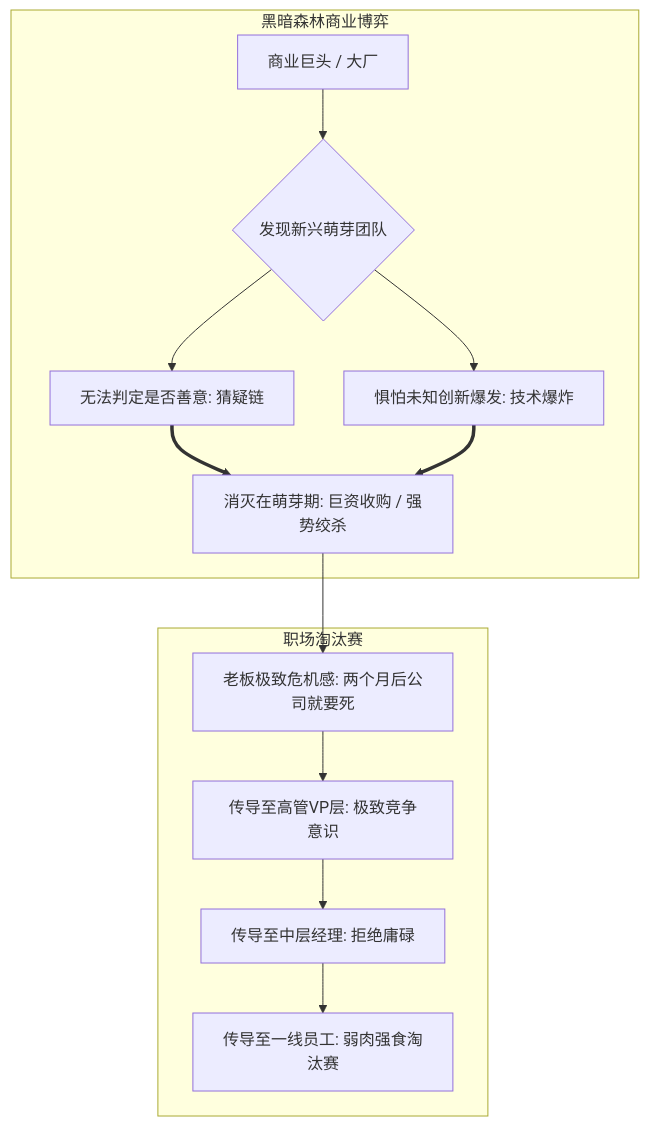
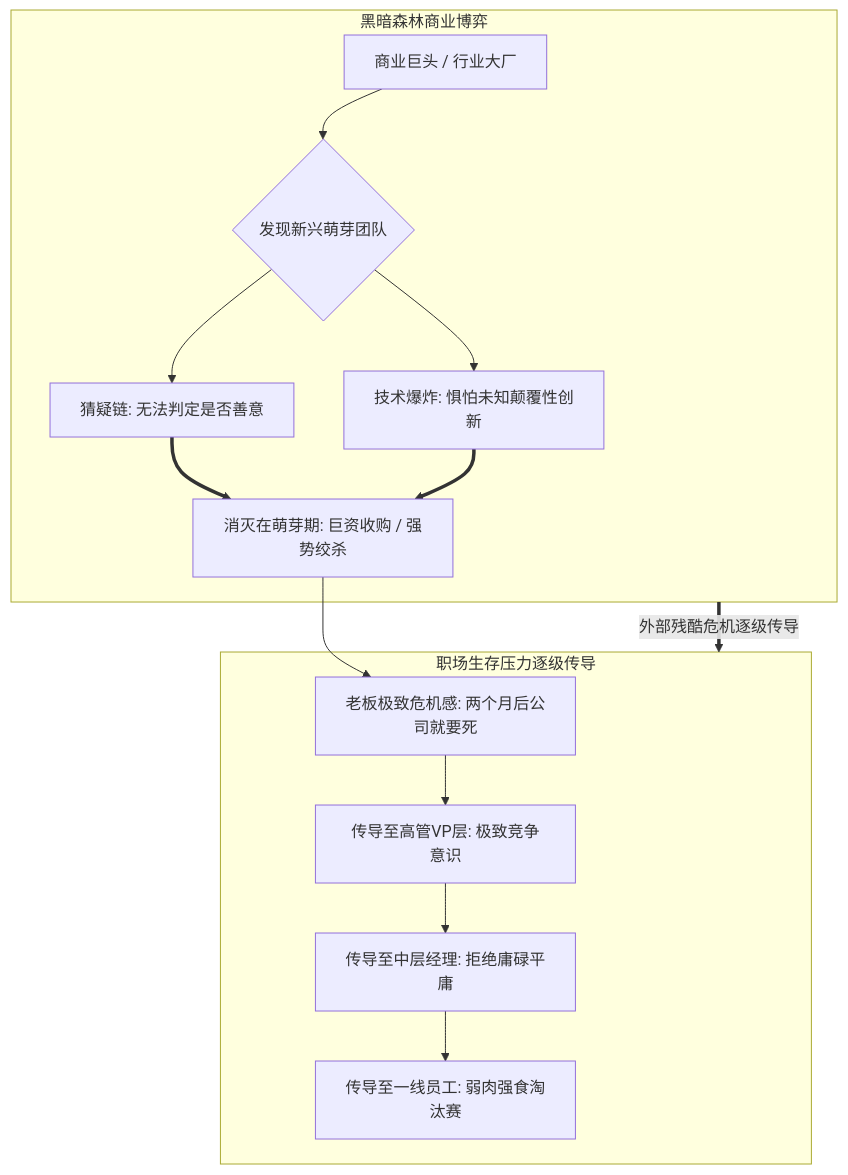
Before and after one commit to dollarser/knowledge: the second of 2 diagrams in content/live-20260929-laozeng-01.md, drawn with Mermaid. The commit also changed other lines of this file and 10 other files, not shown here.

Commit message:
style: verticalize all mermaid diagrams and add mindmap architecture

````diff
--- a/content/live-20260929-laozeng-01.md
+++ b/content/live-20260929-laozeng-01.md
@@ -85,16 +85,18 @@
 ```mermaid
 flowchart TD
-    subgraph 黑暗森林商业博弈
-        Big["商业巨头 / 大厂"] --> Threat{"发现新兴萌芽团队"}
-        Threat --> Logic1["无法判定是否善意: 猜疑链"]
-        Threat --> Logic2["惧怕未知创新爆发: 技术爆炸"]
+    subgraph BigForest["黑暗森林商业博弈"]
+        Big["商业巨头 / 行业大厂"] --> Threat{"发现新兴萌芽团队"}
+        Threat --> Logic1["猜疑链: 无法判定是否善意"]
+        Threat --> Logic2["技术爆炸: 惧怕未知颠覆性创新"]
         Logic1 & Logic2 ==> Action["消灭在萌芽期: 巨资收购 / 强势绞杀"]
     end
     
-    subgraph 职场淘汰赛
+    subgraph Elimination["职场生存压力逐级传导"]
         Action --> BossMind["老板极致危机感: 两个月后公司就要死"]
         BossMind --> VP["传导至高管VP层: 极致竞争意识"]
-        VP --> Mid["传导至中层经理: 拒绝庸碌"]
+        VP --> Mid["传导至中层经理: 拒绝庸碌平庸"]
         Mid --> Worker["传导至一线员工: 弱肉强食淘汰赛"]
     end
+    
+    BigForest ==>|外部残酷危机逐级传导| Elimination
 ```
````
